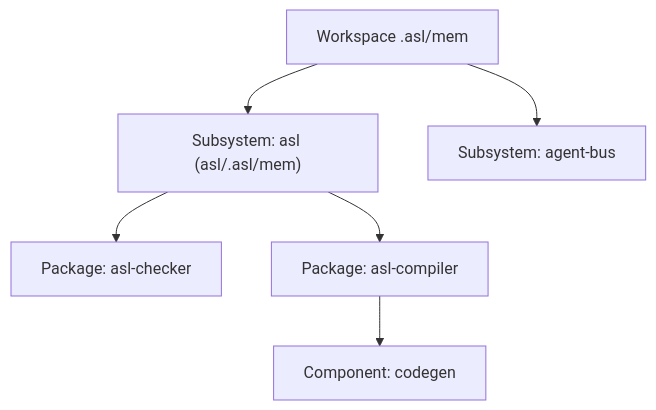
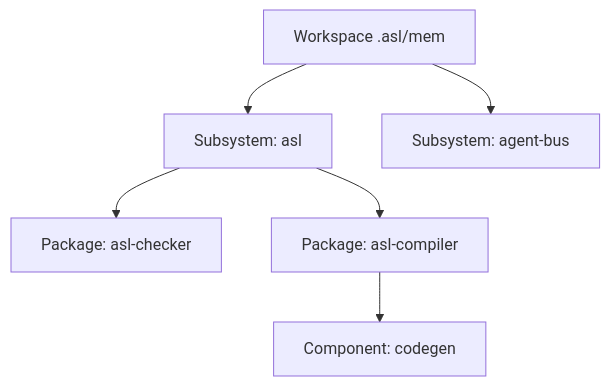
Before and after one commit to GenSEAM/asl: the diagram in web/content/blog/multi-tier-recursive-fractal-memory-and-tree-aggregation.md, drawn with Mermaid. The commit also changed other lines of this file and 3 other files, not shown here.

````diff
--- a/web/content/blog/multi-tier-recursive-fractal-memory-and-tree-aggregation.md
+++ b/web/content/blog/multi-tier-recursive-fractal-memory-and-tree-aggregation.md
@@ -43,8 +42,8 @@
 ```mermaid
 graph TD
-    Root["Workspace .asl/mem"] --> Sub1["Subsystem: asl (asl/.asl/mem)"]
+    Root["Workspace .asl/mem"] --> Sub1["Subsystem: asl"]
     Root --> Sub2["Subsystem: agent-bus"]
     Sub1 --> Pkg1["Package: asl-checker"]
     Sub1 --> Pkg2["Package: asl-compiler"]
     Pkg2 --> Comp2["Component: codegen"]
 ```
````
